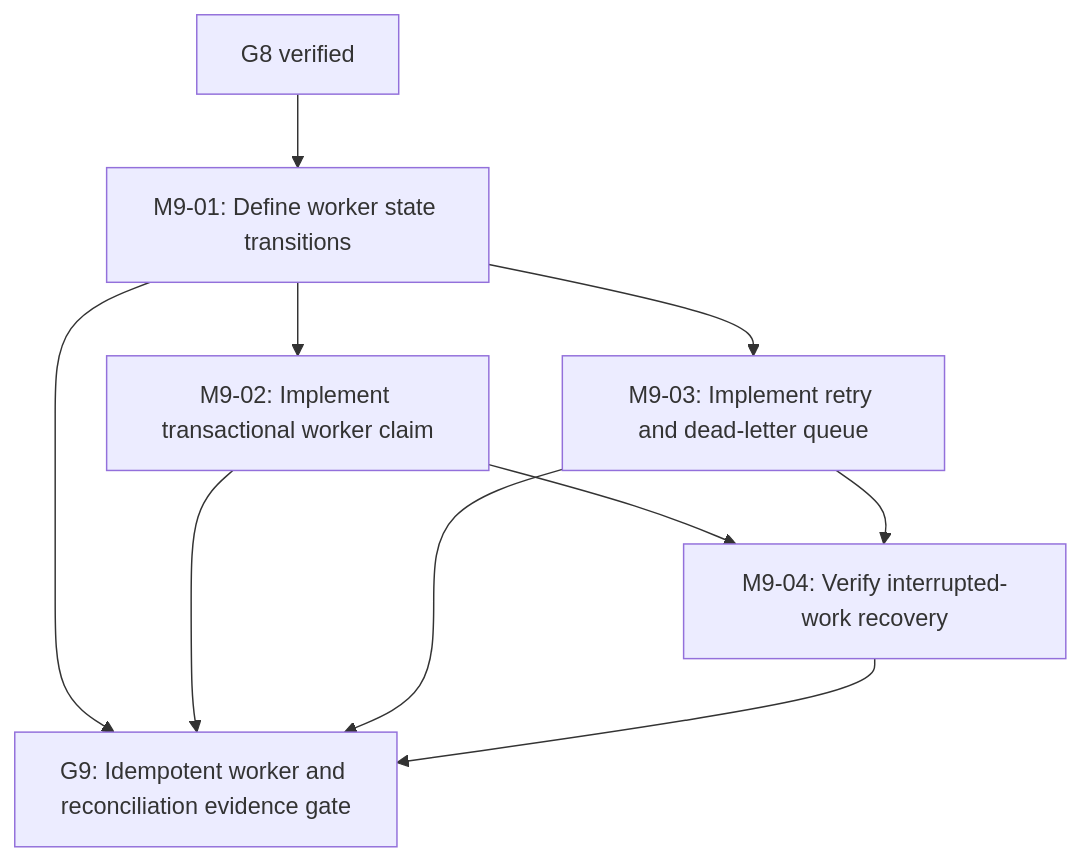
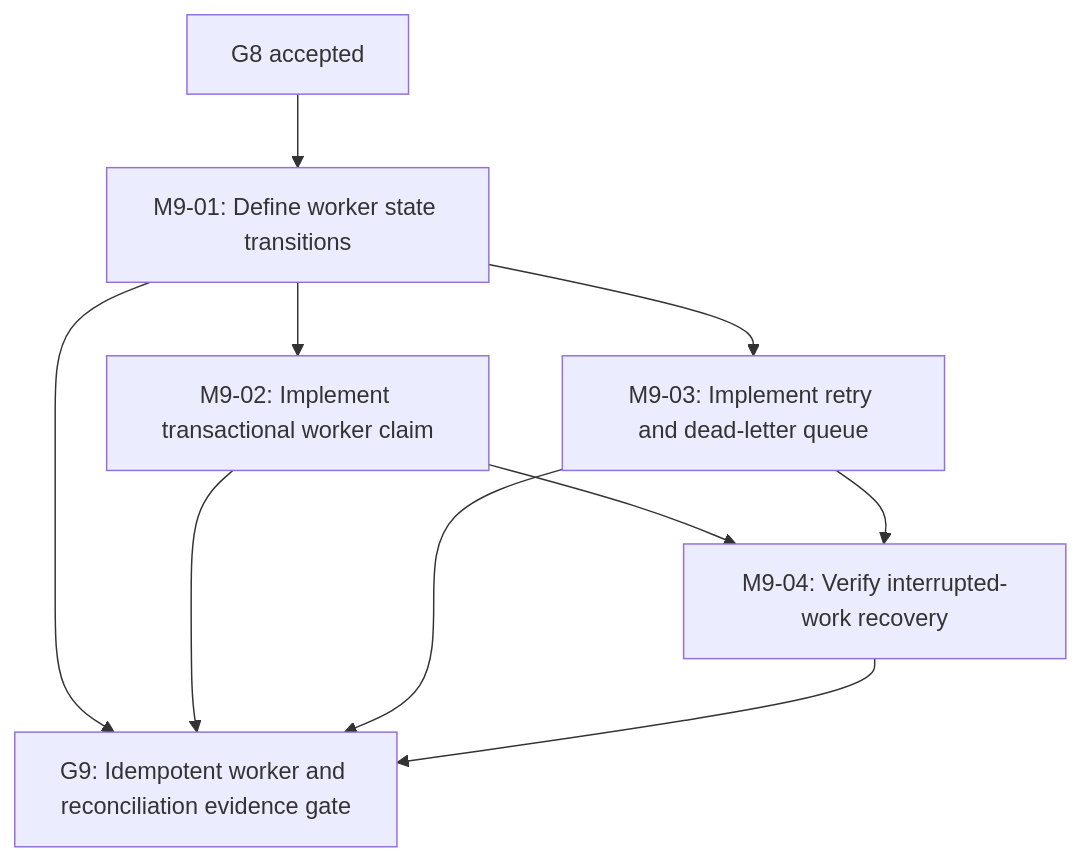
Diagram 17 of 32 in docs/EXECUTION_GRAPH.md (ekamal22/HarborOps-Enterprise-Maritime-Logistics-IT-Operations-Platform), drawn with Mermaid before and after one commit. The commit also changed other lines of this file and 2 other files, not shown here.

````diff
--- a/docs/EXECUTION_GRAPH.md
+++ b/docs/EXECUTION_GRAPH.md
@@ -442,18 +541,18 @@
 ```mermaid
 flowchart TD
   M9_01["M9-01: Define worker state transitions"]
   M9_02["M9-02: Implement transactional worker claim"]
   M9_03["M9-03: Implement retry and dead-letter queue"]
   M9_04["M9-04: Verify interrupted-work recovery"]
   G9["G9: Idempotent worker and reconciliation evidence gate"]
-  G8["G8 verified"]
+  G8["G8 accepted"]
   G8 --> M9_01
   M9_01 --> M9_02
   M9_01 --> M9_03
   M9_02 --> M9_04
   M9_03 --> M9_04
   M9_01 --> G9
   M9_02 --> G9
   M9_03 --> G9
   M9_04 --> G9
 ```
````
